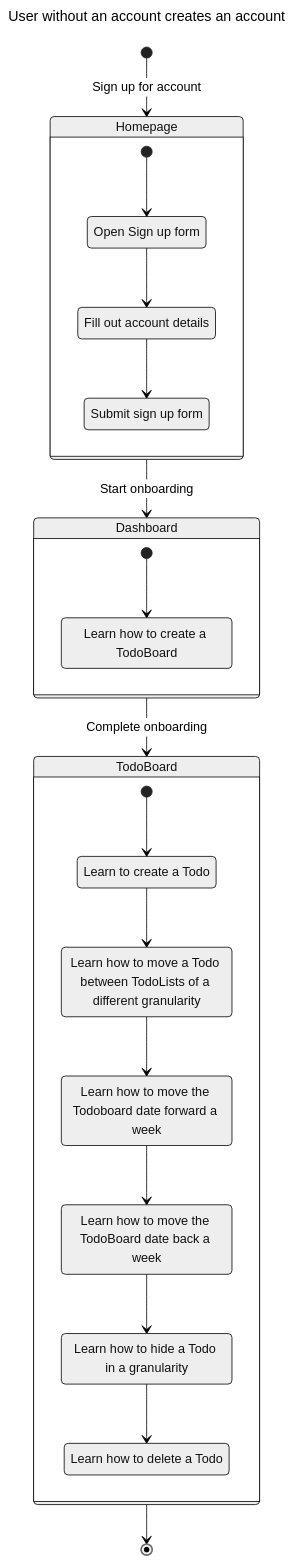
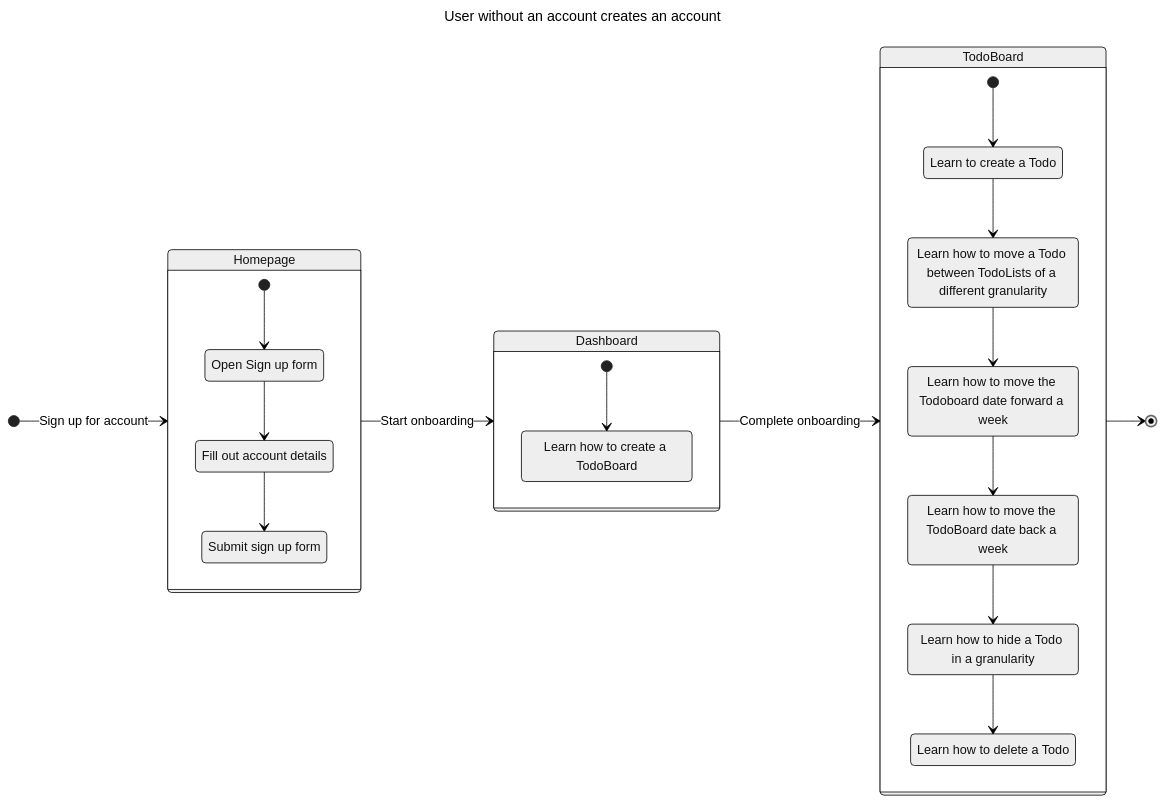
The first of 6 diagrams in docs/user-flows/account/flows/creating-an-account.md (colinfwren/atomic-todo), drawn with Mermaid (neutral theme) before and after one commit. The commit also changed other lines of this file and 36 other files, not shown here.

Commit message:
Adding diagrams for user flows

````diff
--- a/docs/user-flows/account/flows/creating-an-account.md
+++ b/docs/user-flows/account/flows/creating-an-account.md
@@ -9,42 +9,43 @@
 ```mermaid
 ---
 title: User without an account creates an account
 ---
 stateDiagram-v2
+    direction LR
     [*] --> Homepage: Sign up for account
     Homepage --> Dashboard: Start onboarding
     Dashboard --> TodoBoard: Complete onboarding
     TodoBoard --> [*]
 
     state Homepage {
         homepage1: Open Sign up form
         homepage2: Fill out account details
         homepage3: Submit sign up form
 
         [*] --> homepage1
         homepage1 --> homepage2
         homepage2 --> homepage3
     }
 
     state Dashboard {
         dashboard1: Learn how to create a TodoBoard
         
         [*] --> dashboard1
     }
 
     state TodoBoard {
         todoboard1: Learn to create a Todo
         todoboard2: Learn how to move a Todo between TodoLists of a different granularity
         todoboard3: Learn how to move the Todoboard date forward a week
         todoboard4: Learn how to move the TodoBoard date back a week
         todoboard5: Learn how to hide a Todo in a granularity
         todoboard6: Learn how to delete a Todo
 
         [*] --> todoboard1
         todoboard1 --> todoboard2
         todoboard2 --> todoboard3
         todoboard3 --> todoboard4
         todoboard4 --> todoboard5
         todoboard5 --> todoboard6
     }
 ```
````
